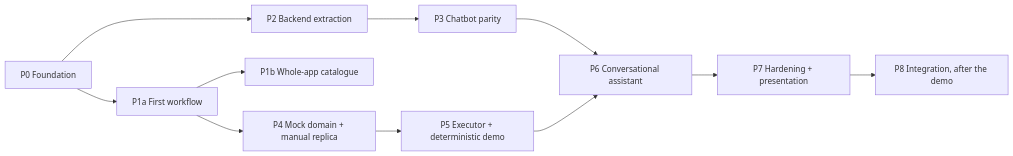
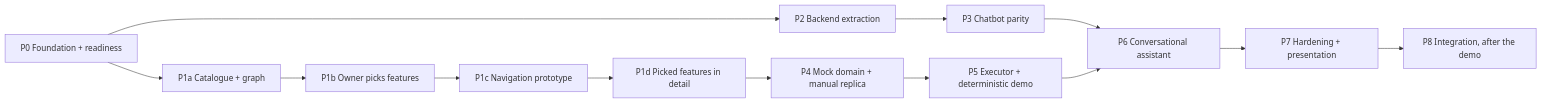
Before and after one commit to Hooman1996/RagBot-Assistant: the diagram in docs/phases/README.md, drawn with Mermaid. The commit also changed other lines of this file and 6 other files, not shown here.

First line of the commit message:
Docs: owner's order of work (D-019), P0 readiness steps, P1 reordered

````diff
--- a/docs/phases/README.md
+++ b/docs/phases/README.md
@@ -25,13 +25,15 @@
 ```mermaid
 flowchart LR
-    P0[P0 Foundation] --> P1a[P1a First workflow]
+    P0[P0 Foundation + readiness] --> P1a[P1a Catalogue + graph]
     P0 --> P2[P2 Backend extraction]
-    P1a --> P1b[P1b Whole-app catalogue]
+    P1a --> P1b[P1b Owner picks features]
+    P1b --> P1c[P1c Navigation prototype]
+    P1c --> P1d[P1d Picked features in detail]
     P2 --> P3[P3 Chatbot parity]
-    P1a --> P4[P4 Mock domain + manual replica]
+    P1d --> P4[P4 Mock domain + manual replica]
     P4 --> P5[P5 Executor + deterministic demo]
     P3 --> P6[P6 Conversational assistant]
     P5 --> P6
     P6 --> P7[P7 Hardening + presentation]
     P7 --> P8[P8 Integration, after the demo]
 ```
````
